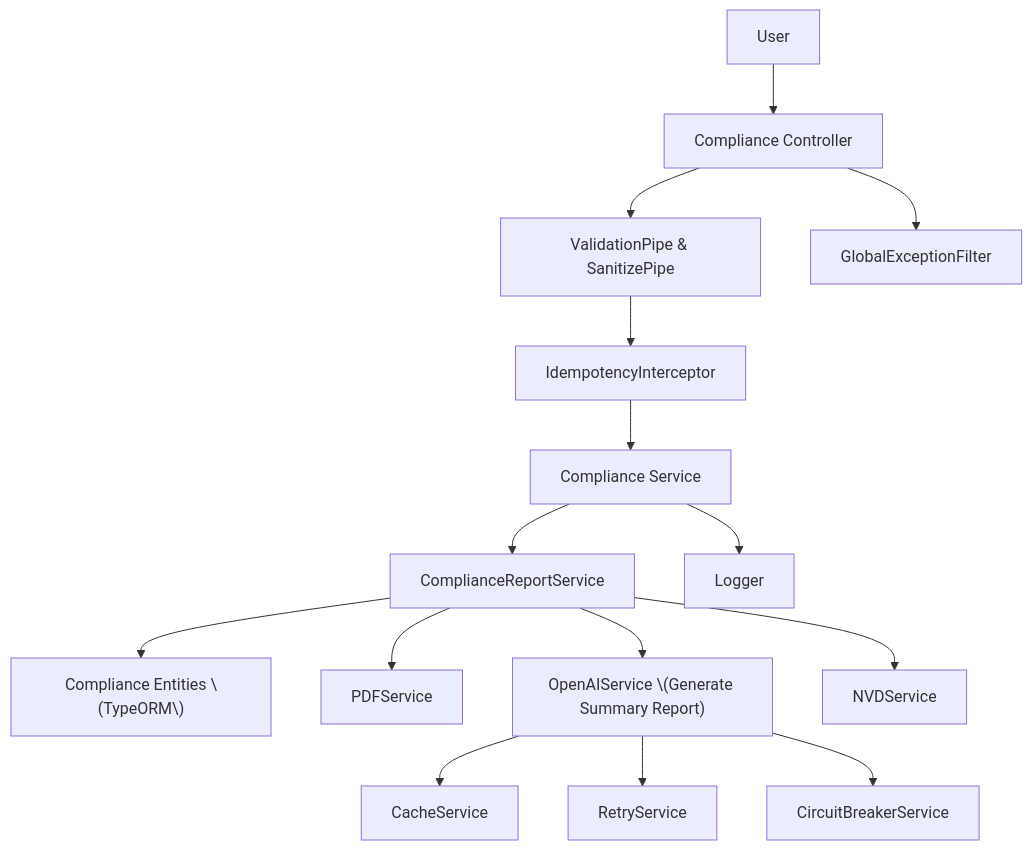
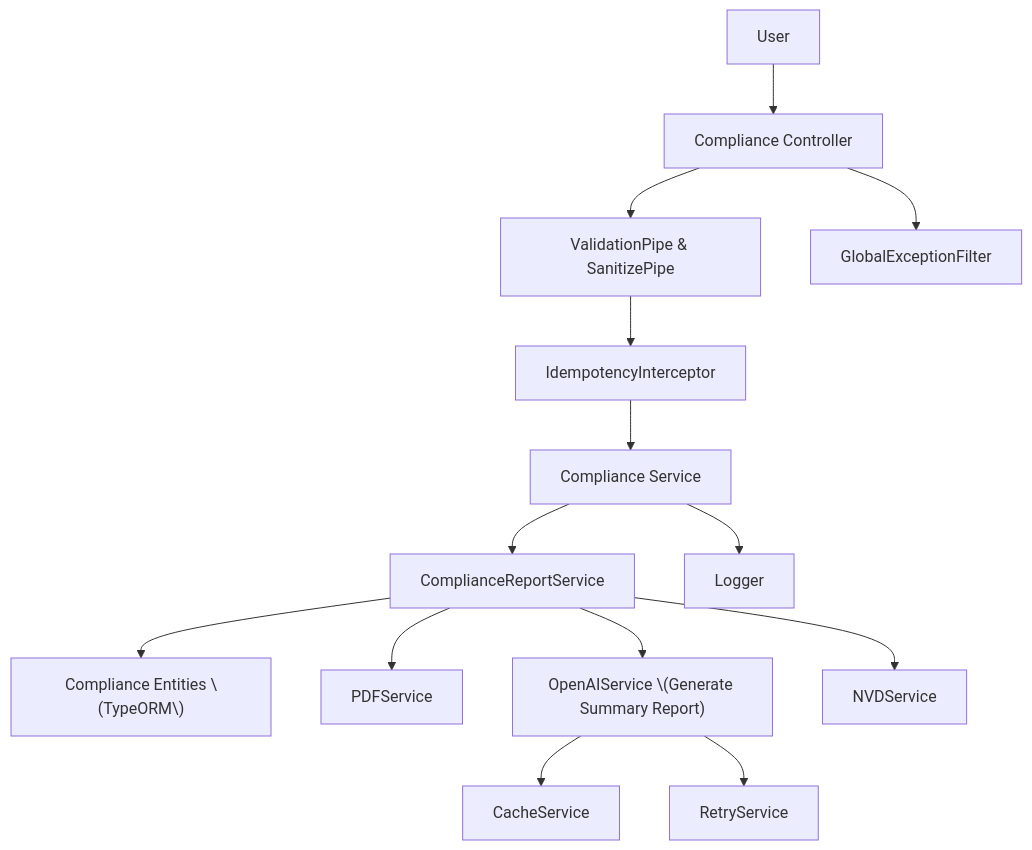
Before and after one commit to SergiuT/audit-forge: the diagram in docs/compliance-report.md, drawn with Mermaid. The commit also changed 4 other files, not shown here.

Commit message:
Update diagrams

````diff
--- a/docs/compliance-report.md
+++ b/docs/compliance-report.md
@@ -1,17 +1,16 @@
 ```mermaid
 graph TD;
     User[User] --> Controller["Compliance Controller"];
     Controller --> Validate["ValidationPipe & SanitizePipe"];
     Validate --> Idempotency["IdempotencyInterceptor"];
     Idempotency --> ComplianceService["Compliance Service"];
     ComplianceService --> ReportService["ComplianceReportService"];
     ReportService --> DB["Compliance Entities \(TypeORM\)"];
     ReportService --> PDF["PDFService"];
     ReportService --> OpenAI["OpenAIService \(Generate Summary Report)"];
     ReportService --> NVD["NVDService"];
     OpenAI --> Cache["CacheService"];
     OpenAI --> Retry["RetryService"];
-    OpenAI --> Circuit["CircuitBreakerService"];
     ComplianceService --> Logger["Logger"];
     Controller --> GlobalException["GlobalExceptionFilter"];
 ```
````
